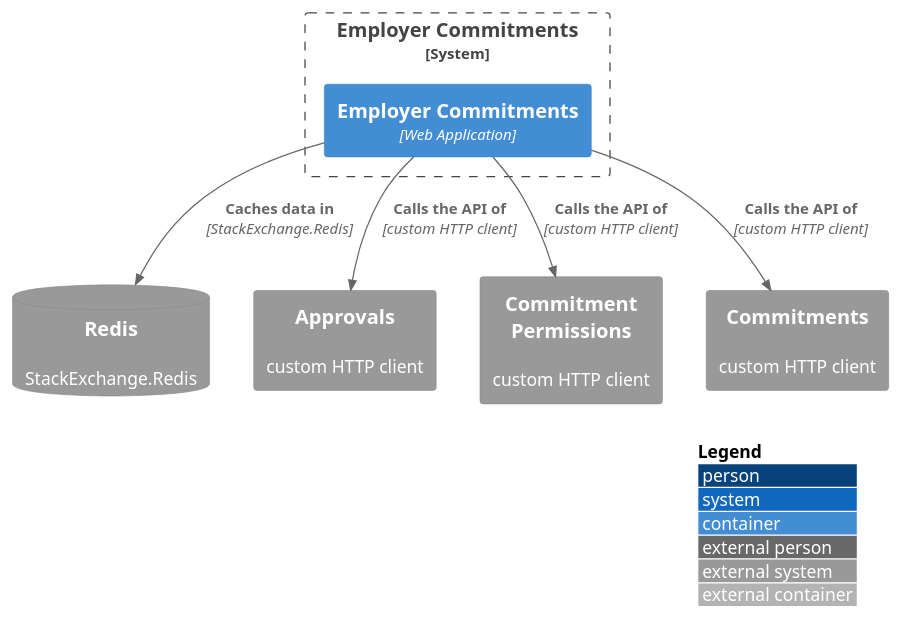
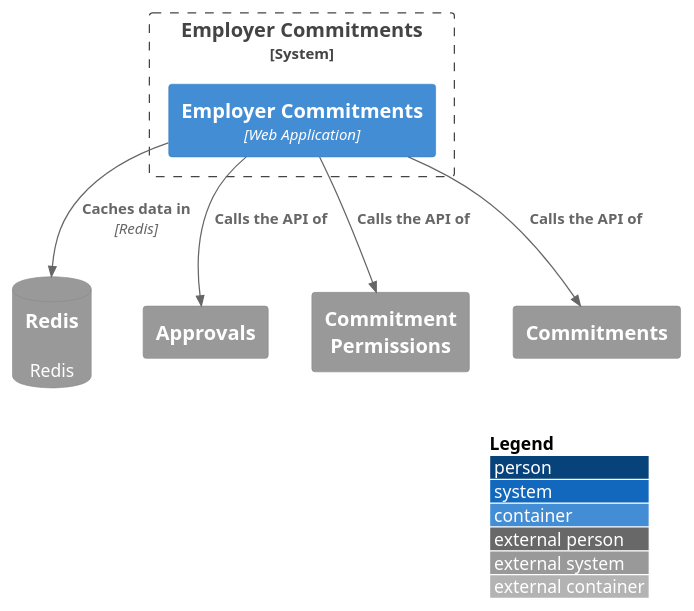
One commit to talentconsulting/atlas-dfe changed the diagram in das-employercommitments-v2/service-dependencies/service-dependencies.puml. Above: the diagram before and after it, drawn with PlantUML. The commit also changed 48 other files, not shown here.

```diff
--- a/das-employercommitments-v2/service-dependencies/service-dependencies.puml
+++ b/das-employercommitments-v2/service-dependencies/service-dependencies.puml
@@ -1,19 +1,19 @@
 @startuml
 !include https://raw.githubusercontent.com/plantuml-stdlib/C4-PlantUML/master/C4_Container.puml
 LAYOUT_WITH_LEGEND()
 
 System_Boundary(sys_SkillsFundingAgency_das_employercommitments_v2, "Employer Commitments") {
   Container(c_employer_commitments, "Employer Commitments", "Web Application")
 }
 
-SystemDb_Ext(d_cache_redis, "Redis", "StackExchange.Redis")
-System_Ext(d_http_api_approvals, "Approvals", "custom HTTP client")
-System_Ext(d_http_api_commitment_permissions, "Commitment Permissions", "custom HTTP client")
-System_Ext(d_http_api_commitments, "Commitments", "custom HTTP client")
+SystemDb_Ext(d_cache_redis, "Redis", "Redis")
+System_Ext(d_http_api_approvals, "Approvals")
+System_Ext(d_http_api_commitment_permissions, "Commitment Permissions")
+System_Ext(d_http_api_commitments, "Commitments")
 
-Rel(c_employer_commitments, d_cache_redis, "Caches data in", "StackExchange.Redis")
-Rel(c_employer_commitments, d_http_api_approvals, "Calls the API of", "custom HTTP client")
-Rel(c_employer_commitments, d_http_api_commitment_permissions, "Calls the API of", "custom HTTP client")
-Rel(c_employer_commitments, d_http_api_commitments, "Calls the API of", "custom HTTP client")
+Rel(c_employer_commitments, d_cache_redis, "Caches data in", "Redis")
+Rel(c_employer_commitments, d_http_api_approvals, "Calls the API of")
+Rel(c_employer_commitments, d_http_api_commitment_permissions, "Calls the API of")
+Rel(c_employer_commitments, d_http_api_commitments, "Calls the API of")
 
 @enduml
```
